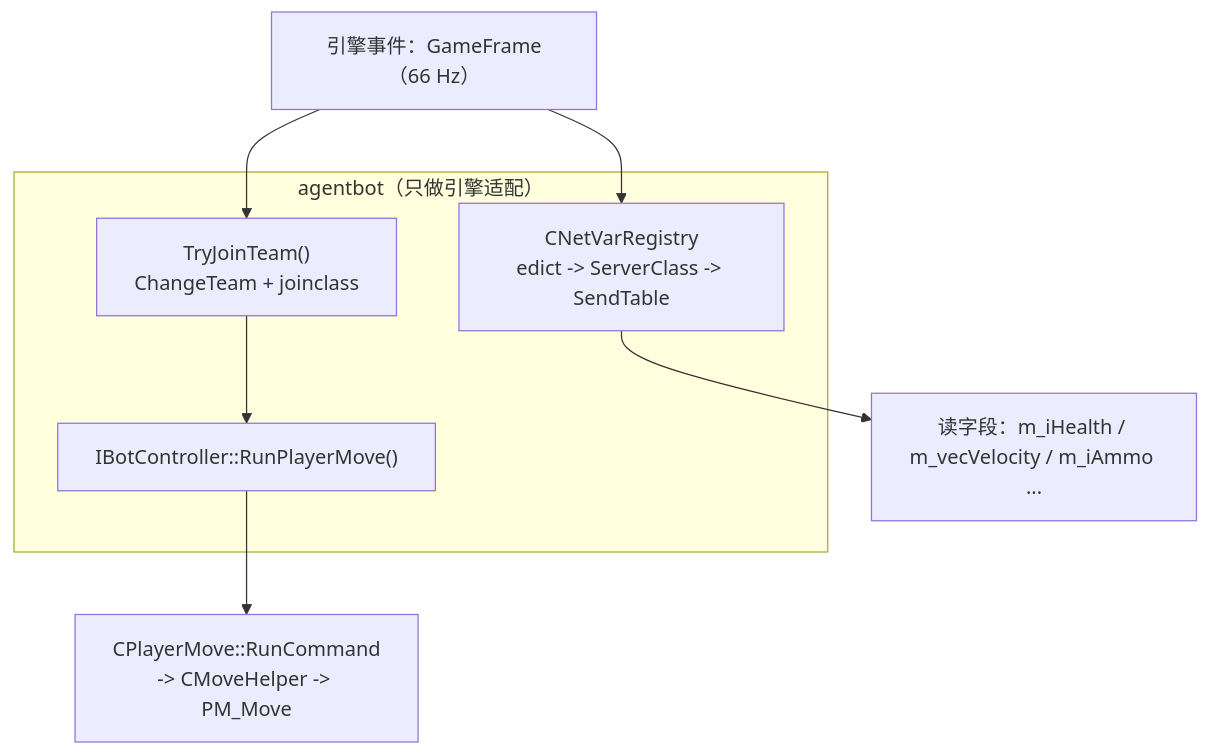
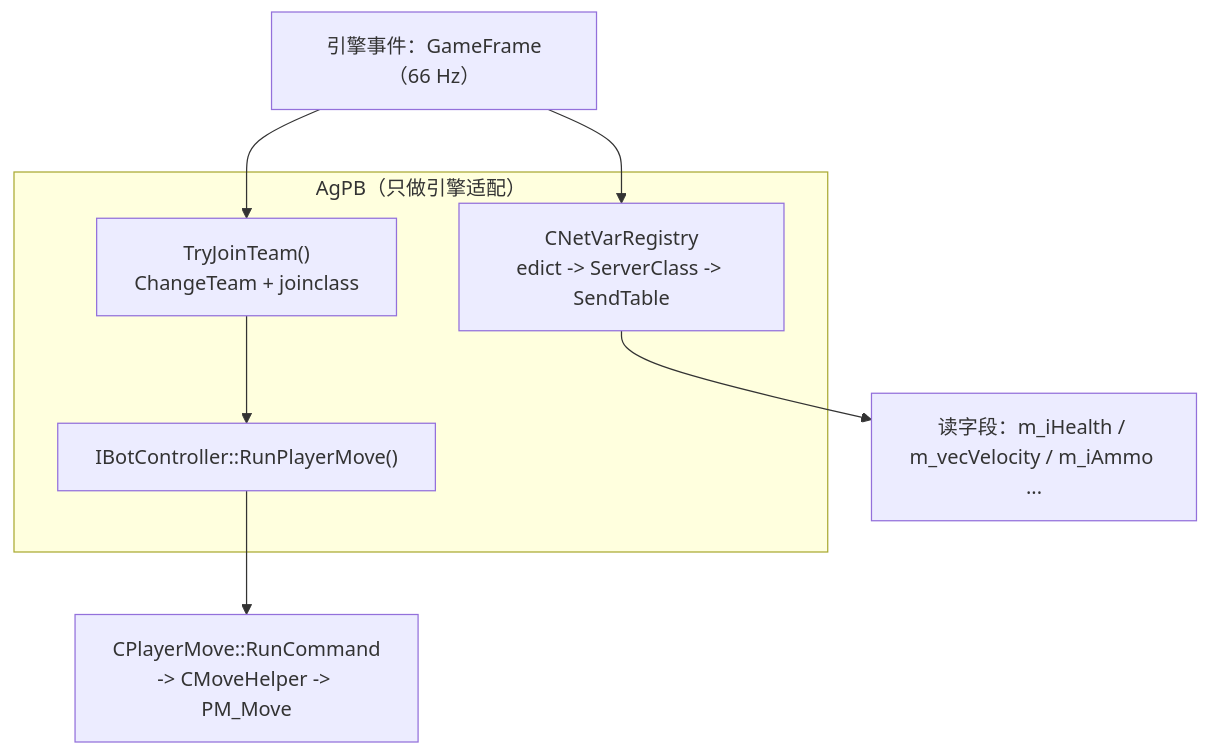
The diagram in ARCHIVE.md (FJH03/AgPB), drawn with Mermaid before and after one commit. The commit also changed other lines of this file and 13 other files, not shown here.

````diff
--- a/ARCHIVE.md
+++ b/ARCHIVE.md
@@ -531,16 +531,16 @@
 ```mermaid
 flowchart TB
   ENG["引擎事件：GameFrame（66 Hz）"]
 
-  subgraph PLUGIN["agentbot（只做引擎适配）"]
+  subgraph PLUGIN["AgPB（只做引擎适配）"]
     JOIN["TryJoinTeam()<br/>ChangeTeam + joinclass"]
     MOVE["IBotController::RunPlayerMove()"]
     NET["CNetVarRegistry<br/>edict -> ServerClass -> SendTable"]
   end
 
   GAME["CPlayerMove::RunCommand<br/>-> CMoveHelper -> PM_Move"]
   READ["读字段：m_iHealth / m_vecVelocity / m_iAmmo ..."]
 
   ENG --> JOIN --> MOVE --> GAME
   ENG --> NET --> READ
 ```
````
